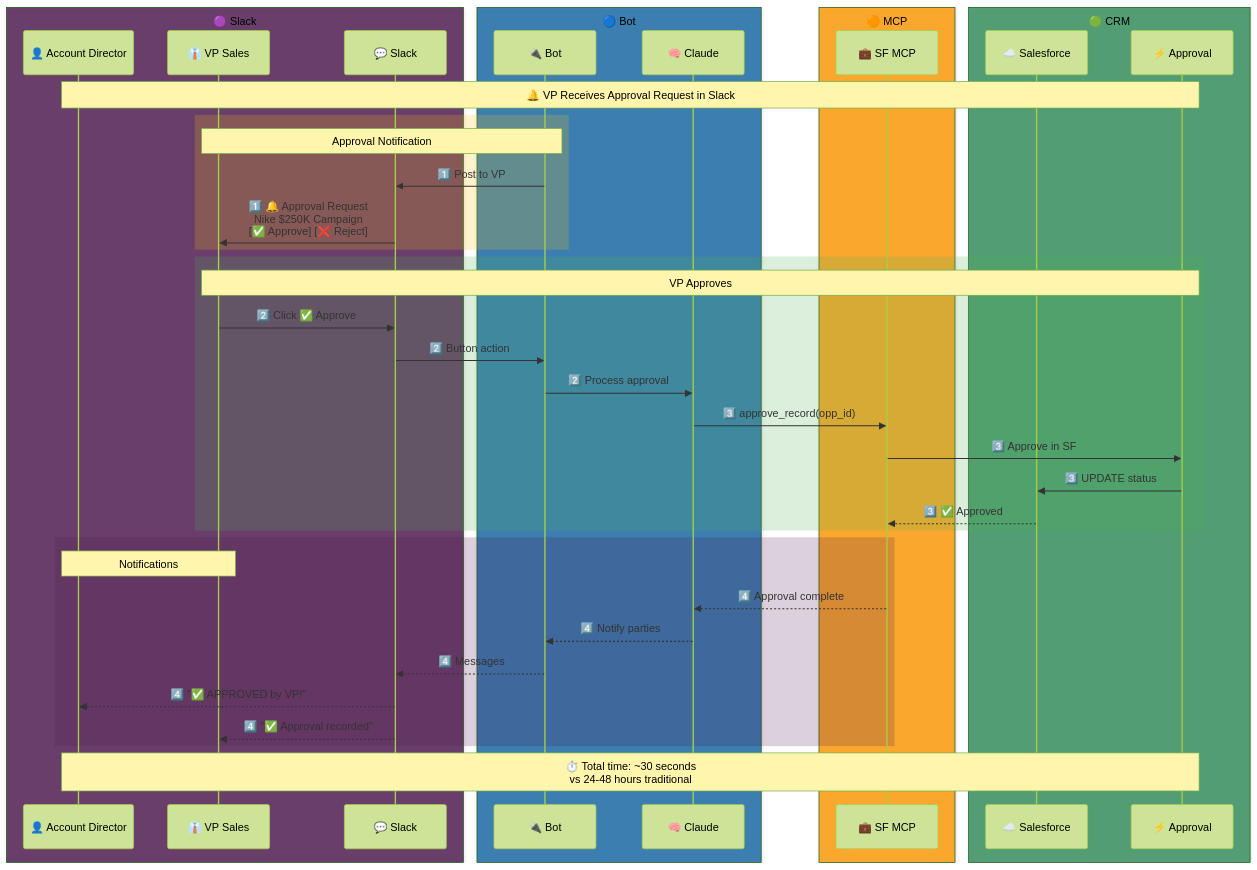
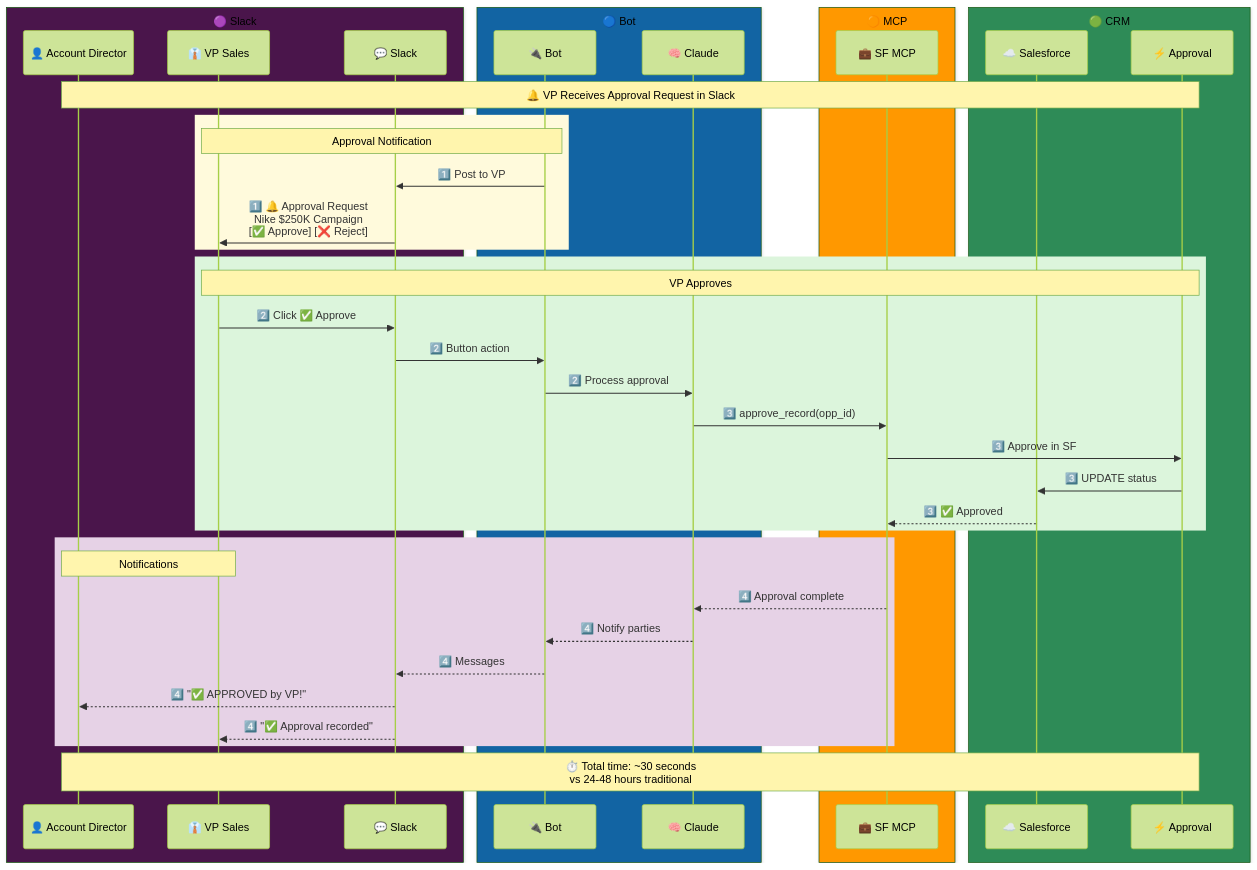
Before and after one commit to arupsarkar-sfdc/admcp-media-app: the sixth of 9 diagrams in yahoo_mcp_server/slack/README.md, drawn with Mermaid (forest theme). The commit also changed other lines of this file, not shown here.

Commit message:
fix: Convert all rgba to rgb for GitHub Mermaid compatibility

````diff
--- a/yahoo_mcp_server/slack/README.md
+++ b/yahoo_mcp_server/slack/README.md
@@ -490,52 +490,52 @@
 ```mermaid
 sequenceDiagram
-    box rgba(74,21,75,0.8) 🟣 Slack
+    box rgb(74, 21, 75) 🟣 Slack
         participant AD as 👤 Account Director
         participant VP as 👔 VP Sales
         participant SLACK as 💬 Slack
     end
 
-    box rgba(18,100,163,0.8) 🔵 Bot
+    box rgb(18, 100, 163) 🔵 Bot
         participant BOT as 🔌 Bot
         participant AI as 🧠 Claude
     end
 
-    box rgba(255,152,0,0.8) 🟠 MCP
+    box rgb(255, 152, 0) 🟠 MCP
         participant CRM as 💼 SF MCP
     end
 
-    box rgba(46,139,87,0.8) 🟢 CRM
+    box rgb(46, 139, 87) 🟢 CRM
         participant SFDC as ☁️ Salesforce
         participant APPR as ⚡ Approval
     end
 
     Note over AD,APPR: 🔔 VP Receives Approval Request in Slack
 
-    rect rgba(255,193,7,0.2)
+    rect rgb(255, 250, 220)
         Note over BOT,VP: Approval Notification
         BOT->>SLACK: 1️⃣ Post to VP
         SLACK->>VP: 1️⃣ 🔔 Approval Request<br/>Nike $250K Campaign<br/>[✅ Approve] [❌ Reject]
     end
 
-    rect rgba(76,175,80,0.2)
+    rect rgb(220, 245, 220)
         Note over VP,APPR: VP Approves
         VP->>SLACK: 2️⃣ Click ✅ Approve
         SLACK->>BOT: 2️⃣ Button action
         BOT->>AI: 2️⃣ Process approval
         AI->>CRM: 3️⃣ approve_record(opp_id)
         CRM->>APPR: 3️⃣ Approve in SF
         APPR->>SFDC: 3️⃣ UPDATE status
         SFDC-->>CRM: 3️⃣ ✅ Approved
     end
 
-    rect rgba(74,21,75,0.2)
+    rect rgb(230, 210, 230)
         Note over AD,VP: Notifications
         CRM-->>AI: 4️⃣ Approval complete
         AI-->>BOT: 4️⃣ Notify parties
         BOT-->>SLACK: 4️⃣ Messages
         SLACK-->>AD: 4️⃣ "✅ APPROVED by VP!"
         SLACK-->>VP: 4️⃣ "✅ Approval recorded"
     end
 
     Note over AD,APPR: ⏱️ Total time: ~30 seconds<br/>vs 24-48 hours traditional
 ```
````
